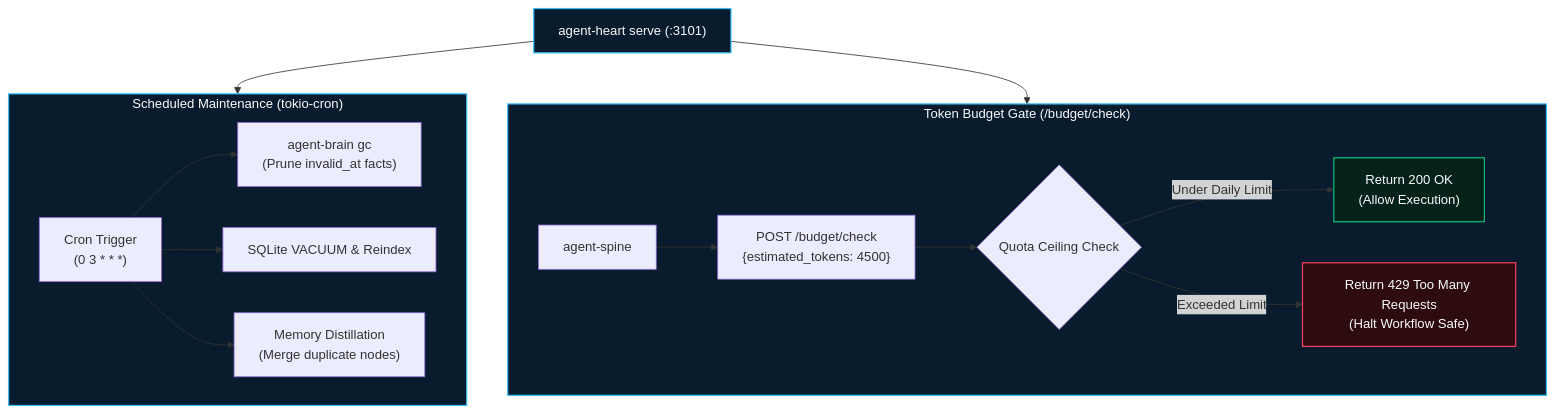
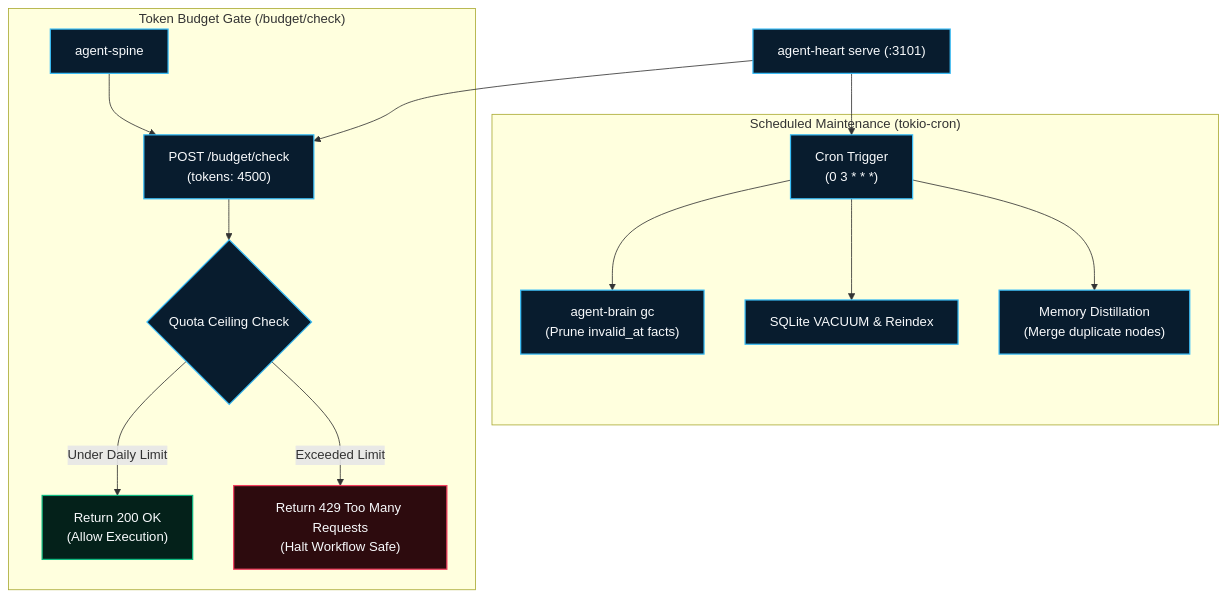
Before and after one commit to autonomic-ai-dev/website: the diagram in src/routes/docs/maintenance/+page.md, drawn with Mermaid. The commit also changed 17 other files, not shown here.

Commit message:
fix(docs): resolve mermaid chart syntax, add organ utility usage docs & blogs

````diff
--- a/src/routes/docs/maintenance/+page.md
+++ b/src/routes/docs/maintenance/+page.md
@@ -9,27 +9,27 @@
 ```mermaid
 flowchart TD
     Daemon["agent-heart serve (:3101)"]
 
     subgraph ScheduledMaintenance["Scheduled Maintenance (tokio-cron)"]
-        Cron["Cron Trigger\n(0 3 * * *)"] --> GC["agent-brain gc\n(Prune invalid_at facts)"]
+        Cron["Cron Trigger<br/>(0 3 * * *)"] --> GC["agent-brain gc<br/>(Prune invalid_at facts)"]
         Cron --> Vac["SQLite VACUUM & Reindex"]
-        Cron --> Distill["Memory Distillation\n(Merge duplicate nodes)"]
+        Cron --> Distill["Memory Distillation<br/>(Merge duplicate nodes)"]
     end
 
     subgraph TokenBudgetGate["Token Budget Gate (/budget/check)"]
-        Spine["agent-spine"] --> Req["POST /budget/check\n{estimated_tokens: 4500}"]
+        Spine["agent-spine"] --> Req["POST /budget/check<br/>(tokens: 4500)"]
         Req --> Evaluator{"Quota Ceiling Check"}
-        Evaluator -->|Under Daily Limit| Allow["Return 200 OK\n(Allow Execution)"]
-        Evaluator -->|Exceeded Limit| Deny["Return 429 Too Many Requests\n(Halt Workflow Safe)"]
+        Evaluator -->|Under Daily Limit| Allow["Return 200 OK<br/>(Allow Execution)"]
+        Evaluator -->|Exceeded Limit| Deny["Return 429 Too Many Requests<br/>(Halt Workflow Safe)"]
     end
 
-    Daemon --> ScheduledMaintenance
-    Daemon --> TokenBudgetGate
+    Daemon --> Cron
+    Daemon --> Req
 
     classDef core fill:#081c2e,stroke:#38bdf8,stroke-width:1.5px,color:#f8fafc;
     classDef gate fill:#2d0b0e,stroke:#f43f5e,stroke-width:1.5px,color:#f8fafc;
     classDef ok fill:#04211a,stroke:#10b981,stroke-width:1.5px,color:#f8fafc;
-    class Daemon,ScheduledMaintenance,TokenBudgetGate core;
+    class Daemon,Cron,GC,Vac,Distill,Spine,Req,Evaluator core;
     class Deny gate;
     class Allow ok;
 ```
````
